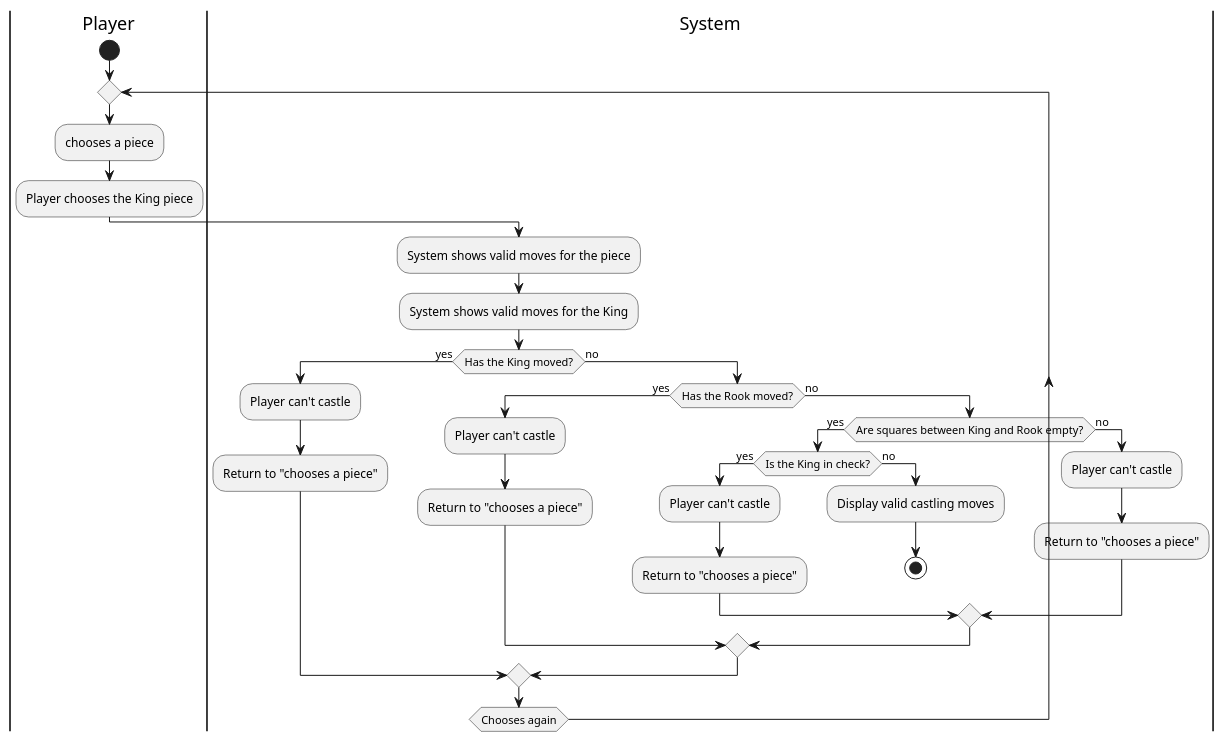
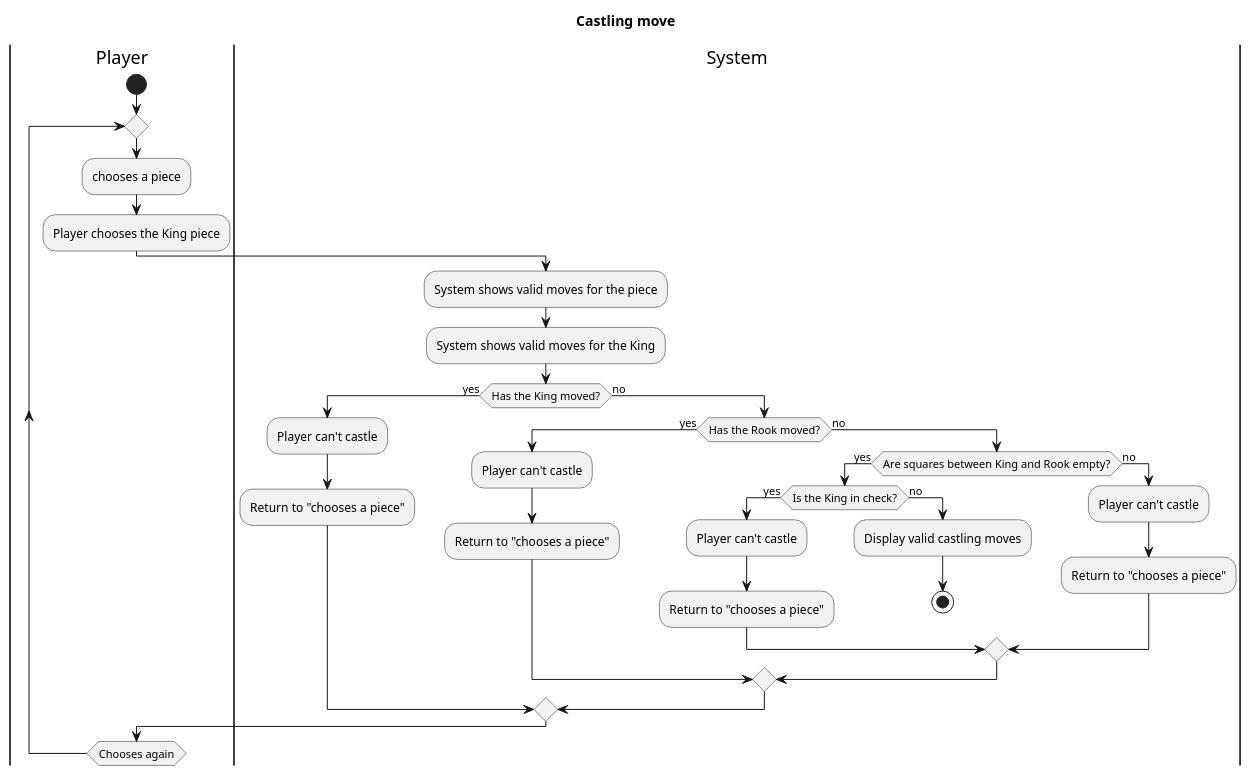
The diagram in Activity Diagram/castling.pu (babobi161504/Diagram-Chess-Game), drawn with PlantUML before and after one commit. The commit also changed 19 other files, not shown here.

Commit message:
Nghia | fix activity, class diagram and add images

```diff
--- a/Activity Diagram/castling.pu
+++ b/Activity Diagram/castling.pu
@@ -1,36 +1,38 @@
 @startuml castling
+title "Castling move"
 |Player|
 start
 repeat
     :chooses a piece;
     :Player chooses the King piece;
 
     |System|
     :System shows valid moves for the piece;
     :System shows valid moves for the King;
 
     if (Has the King moved?) then (yes)
         :Player can't castle;
-        :Return to "chooses a piece";  
+        :Return to "chooses a piece";
     else (no)
         if (Has the Rook moved?) then (yes)
             :Player can't castle;
-            :Return to "chooses a piece"; 
+            :Return to "chooses a piece";
         else (no)
             if (Are squares between King and Rook empty?) then (yes)
                 if (Is the King in check?) then (yes)
                     :Player can't castle;
-                    :Return to "chooses a piece"; 
+                    :Return to "chooses a piece";
                 else (no)
                     :Display valid castling moves;
                     stop
                 endif
             else (no)
                 :Player can't castle;
-                :Return to "chooses a piece"; 
+                :Return to "chooses a piece";
             endif
         endif
     endif
+|Player|
 repeat while (Chooses again)
 
 @enduml
```
